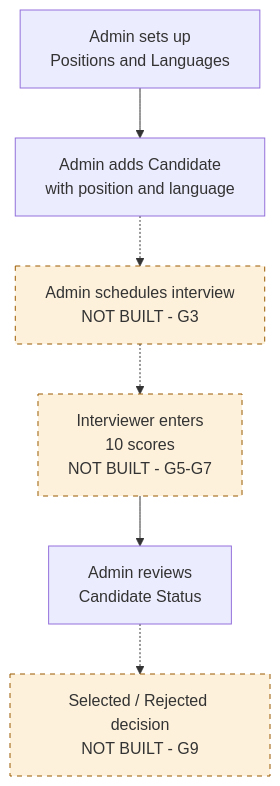
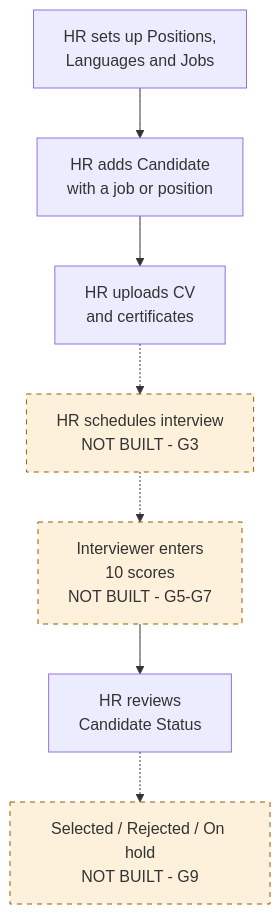
The diagram in docs/handbooks/src/diagrams/ba-process.mmd (rafitsabbir/RMS), drawn with Mermaid before and after one commit. The commit also changed 76 other files, not shown here.

```diff
--- a/docs/handbooks/src/diagrams/ba-process.mmd
+++ b/docs/handbooks/src/diagrams/ba-process.mmd
@@ -1,8 +1,9 @@
 flowchart TD
-  A[Admin sets up<br/>Positions and Languages] --> B[Admin adds Candidate<br/>with position and language]
-  B -.-> C[Admin schedules interview<br/>NOT BUILT - G3]
+  A[HR sets up Positions,<br/>Languages and Jobs] --> B[HR adds Candidate<br/>with a job or position]
+  B --> G[HR uploads CV<br/>and certificates]
+  G -.-> C[HR schedules interview<br/>NOT BUILT - G3]
   C -.-> D[Interviewer enters<br/>10 scores<br/>NOT BUILT - G5-G7]
-  D --> E[Admin reviews<br/>Candidate Status]
-  E -.-> F[Selected / Rejected decision<br/>NOT BUILT - G9]
+  D --> E[HR reviews<br/>Candidate Status]
+  E -.-> F[Selected / Rejected / On hold<br/>NOT BUILT - G9]
   classDef todo fill:#fdf1dc,stroke:#9a5b00,stroke-dasharray: 5 5
   class C,D,F todo
```
